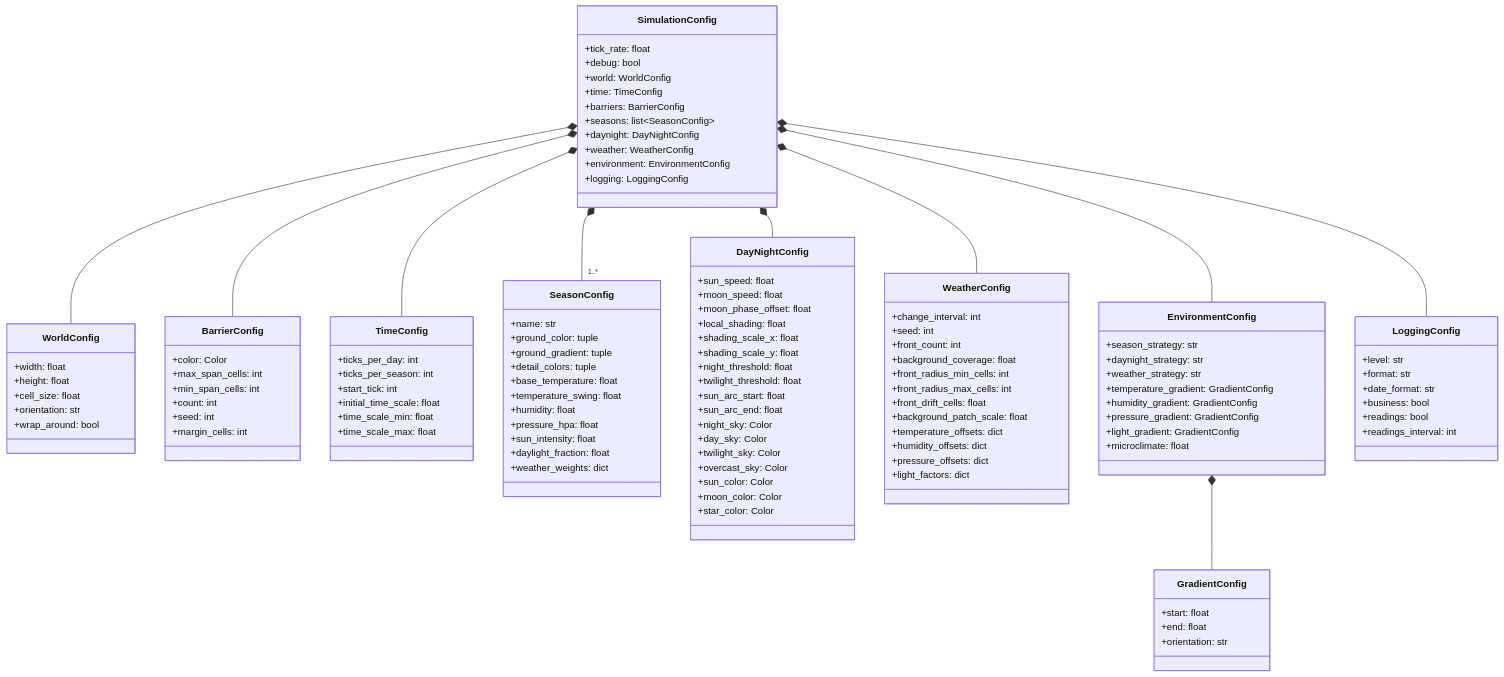
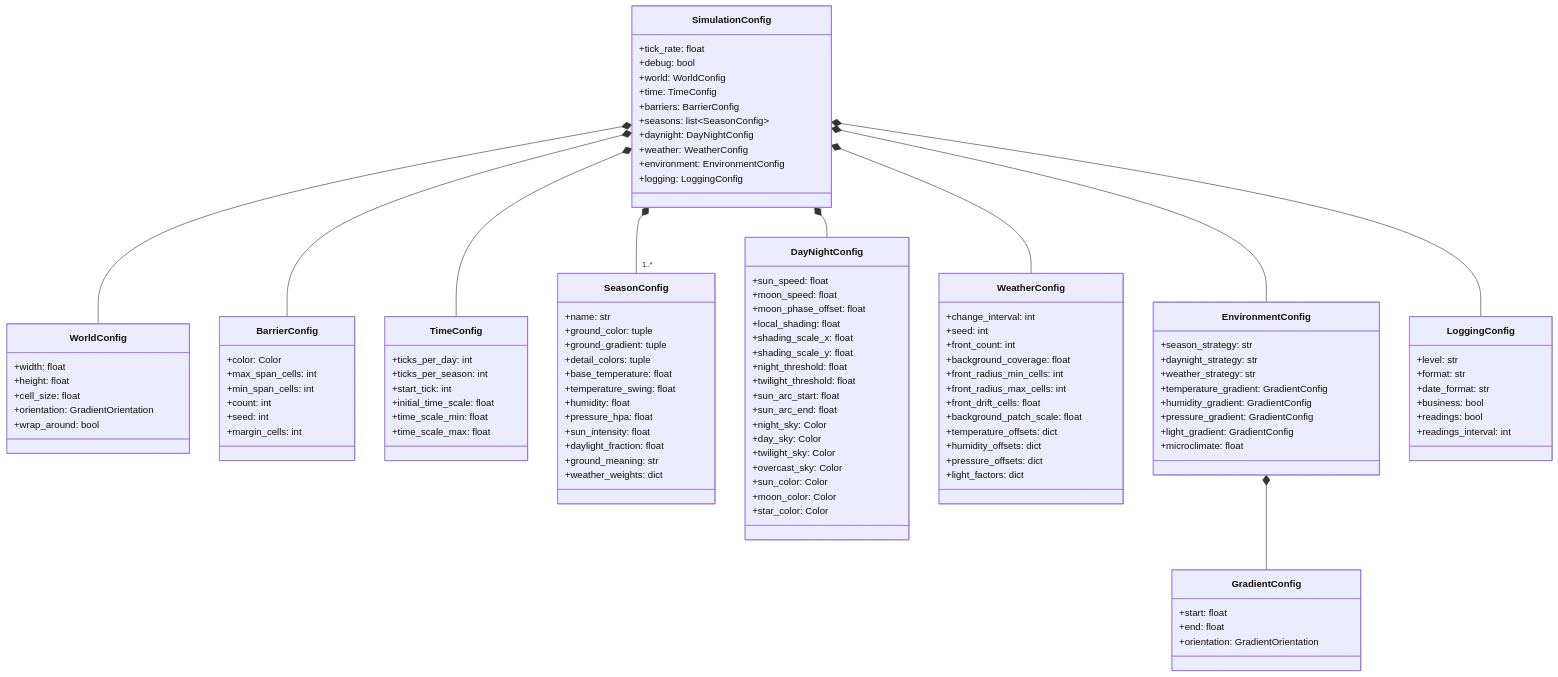
Before and after one commit to m-rossini/bns: the eighth of 9 diagrams in diagrams.md, drawn with Mermaid. The commit also changed other lines of this file and 7 other files, not shown here.

First line of the commit message:
fix(config): GradientOrientation enum, wrap_around tested, generic season config

```diff
--- a/diagrams.md
+++ b/diagrams.md
@@ -585,7 +585,7 @@
         +width: float
         +height: float
         +cell_size: float
-        +orientation: str
+        +orientation: GradientOrientation
         +wrap_around: bool
     }
 
@@ -618,6 +618,7 @@
         +pressure_hpa: float
         +sun_intensity: float
         +daylight_fraction: float
+        +ground_meaning: str
         +weather_weights: dict
     }
 
@@ -670,7 +671,7 @@
     class GradientConfig {
         +start: float
         +end: float
-        +orientation: str
+        +orientation: GradientOrientation
     }
 
     class LoggingConfig {
```
